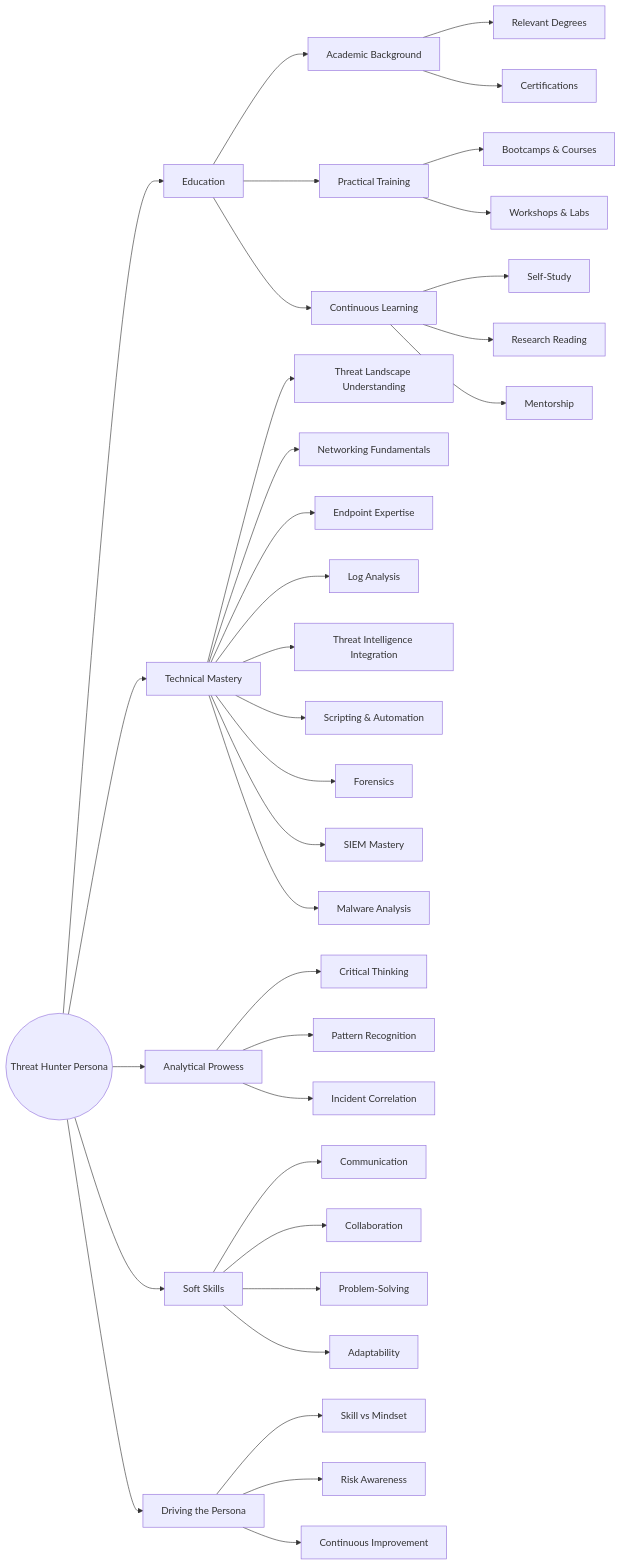
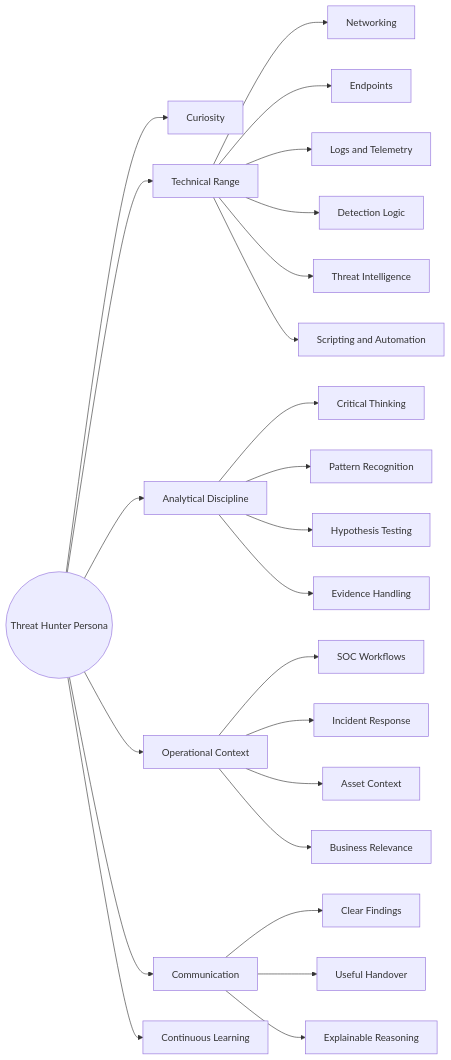
Before and after one commit to rjohnsen/threathunting-book: the diagram in content/part-1/introduction/the-threathunter-persona.md, drawn with Mermaid. The commit also changed other lines of this file, not shown here.

Commit message:
Enhanced the threat hunter persona article

````diff
--- a/content/part-1/introduction/the-threathunter-persona.md
+++ b/content/part-1/introduction/the-threathunter-persona.md
@@ -29,50 +55,32 @@
 ```mermaid
 flowchart LR
   A((Threat Hunter Persona))
 
-  %% Main branches
-  A --> B[Education]
-  A --> C[Technical Mastery]
-  A --> D[Analytical Prowess]
-  A --> E[Soft Skills]
-  A --> F[Driving the Persona]
+  A --> B[Curiosity]
+  A --> C[Technical Range]
+  A --> D[Analytical Discipline]
+  A --> E[Operational Context]
+  A --> F[Communication]
+  A --> G[Continuous Learning]
 
-  %% Education branch
-  B --> B1[Academic Background]
-  B1 --> B1a[Relevant Degrees]
-  B1 --> B1b[Certifications]
-  B --> B2[Practical Training]
-  B2 --> B2a[Bootcamps & Courses]
-  B2 --> B2b[Workshops & Labs]
-  B --> B3[Continuous Learning]
-  B3 --> B3a[Self-Study]
-  B3 --> B3b[Research Reading]
-  B3 --> B3c[Mentorship]
+  C --> C1[Networking]
+  C --> C2[Endpoints]
+  C --> C3[Logs and Telemetry]
+  C --> C4[Detection Logic]
+  C --> C5[Threat Intelligence]
+  C --> C6[Scripting and Automation]
 
-  %% Technical Mastery branch
-  C --> C1[Threat Landscape Understanding]
-  C --> C2[Networking Fundamentals]
-  C --> C3[Endpoint Expertise]
-  C --> C4[Log Analysis]
-  C --> C5[Threat Intelligence Integration]
-  C --> C6[Scripting & Automation]
-  C --> C7[Forensics]
-  C --> C8[SIEM Mastery]
-  C --> C9[Malware Analysis]
-
-  %% Analytical Prowess branch
   D --> D1[Critical Thinking]
   D --> D2[Pattern Recognition]
-  D --> D3[Incident Correlation]
+  D --> D3[Hypothesis Testing]
+  D --> D4[Evidence Handling]
 
-  %% Soft Skills branch
-  E --> E1[Communication]
-  E --> E2[Collaboration]
-  E --> E3[Problem-Solving]
-  E --> E4[Adaptability]
+  E --> E1[SOC Workflows]
+  E --> E2[Incident Response]
+  E --> E3[Asset Context]
+  E --> E4[Business Relevance]
 
-  %% Driving the Persona branch
-  F --> F1[Skill vs Mindset]
-  F --> F2[Risk Awareness]
-  F --> F3[Continuous Improvement]
+  F --> F1[Clear Findings]
+  F --> F2[Useful Handover]
+  F --> F3[Explainable Reasoning]
 ```
````
